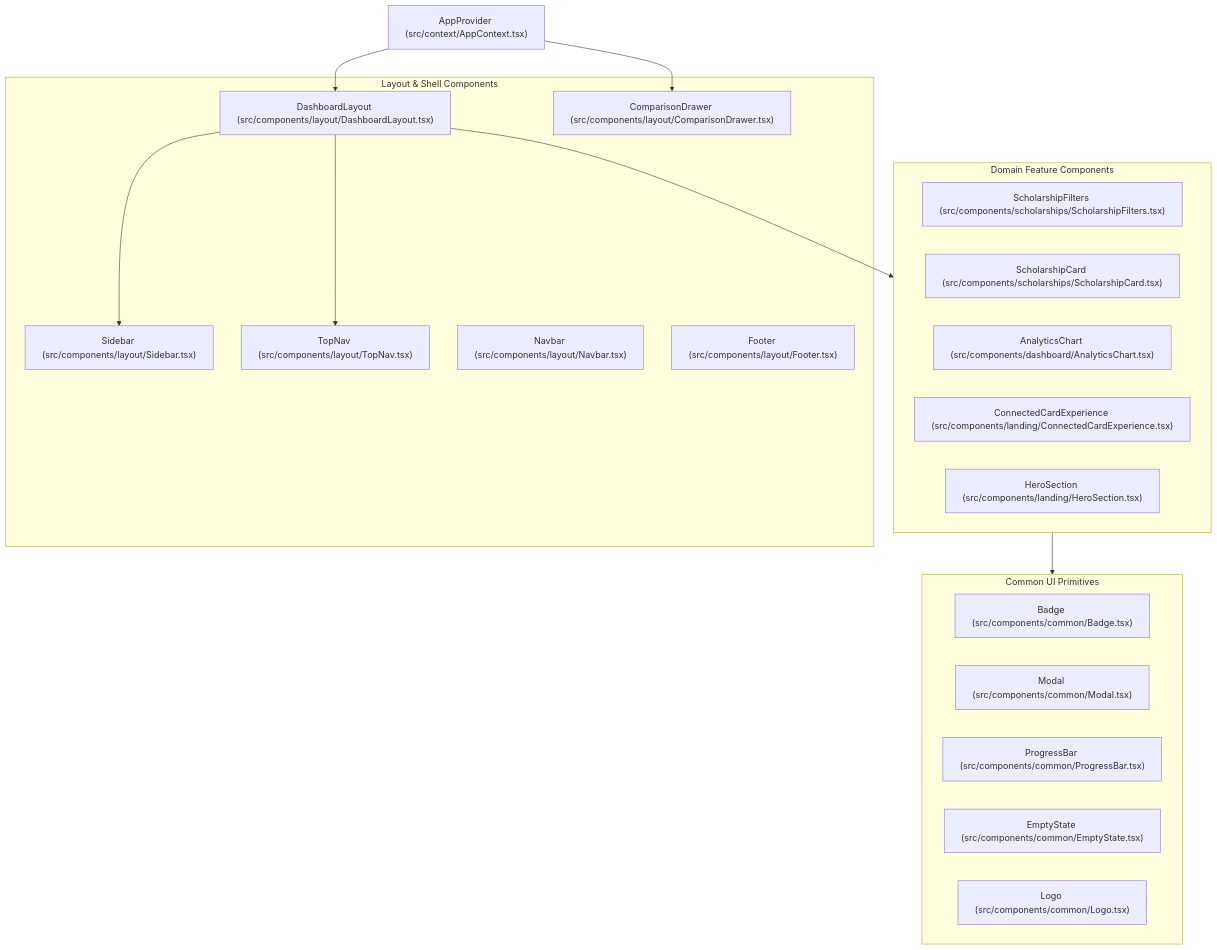
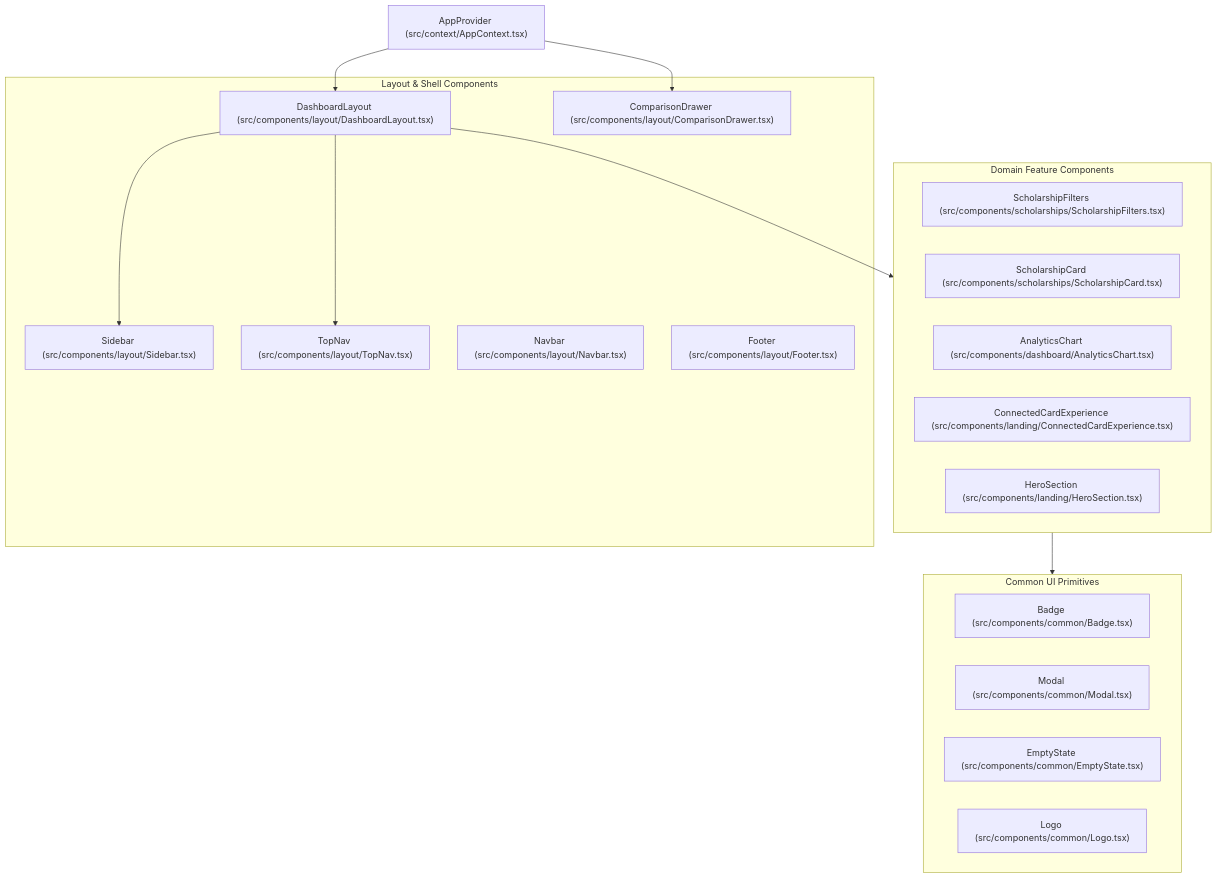
The second of 7 diagrams in docs/architecture/SYSTEM_ARCHITECTURE.md (ValayaDase/Grantly), drawn with Mermaid before and after one commit. The commit also changed other lines of this file and 48 other files, not shown here.

````diff
--- a/docs/architecture/SYSTEM_ARCHITECTURE.md
+++ b/docs/architecture/SYSTEM_ARCHITECTURE.md
@@ -153,37 +153,36 @@
 ```mermaid
 graph TD
     AppProvider["AppProvider (src/context/AppContext.tsx)"]
     
     subgraph LayoutWrappers ["Layout & Shell Components"]
         DashLayout["DashboardLayout (src/components/layout/DashboardLayout.tsx)"]
         Sidebar["Sidebar (src/components/layout/Sidebar.tsx)"]
         TopNav["TopNav (src/components/layout/TopNav.tsx)"]
         Navbar["Navbar (src/components/layout/Navbar.tsx)"]
         Footer["Footer (src/components/layout/Footer.tsx)"]
         Drawer["ComparisonDrawer (src/components/layout/ComparisonDrawer.tsx)"]
     end
 
     subgraph FeatureComponents ["Domain Feature Components"]
         Filters["ScholarshipFilters (src/components/scholarships/ScholarshipFilters.tsx)"]
         SchCard["ScholarshipCard (src/components/scholarships/ScholarshipCard.tsx)"]
         Chart["AnalyticsChart (src/components/dashboard/AnalyticsChart.tsx)"]
         Connected["ConnectedCardExperience (src/components/landing/ConnectedCardExperience.tsx)"]
         Hero["HeroSection (src/components/landing/HeroSection.tsx)"]
     end
 
     subgraph CommonPrimitives ["Common UI Primitives"]
         Badge["Badge (src/components/common/Badge.tsx)"]
         Modal["Modal (src/components/common/Modal.tsx)"]
-        ProgressBar["ProgressBar (src/components/common/ProgressBar.tsx)"]
         EmptyState["EmptyState (src/components/common/EmptyState.tsx)"]
         Logo["Logo (src/components/common/Logo.tsx)"]
     end
 
     AppProvider --> DashLayout
     AppProvider --> Drawer
     DashLayout --> Sidebar
     DashLayout --> TopNav
     
     DashLayout --> FeatureComponents
     FeatureComponents --> CommonPrimitives
 ```
````
